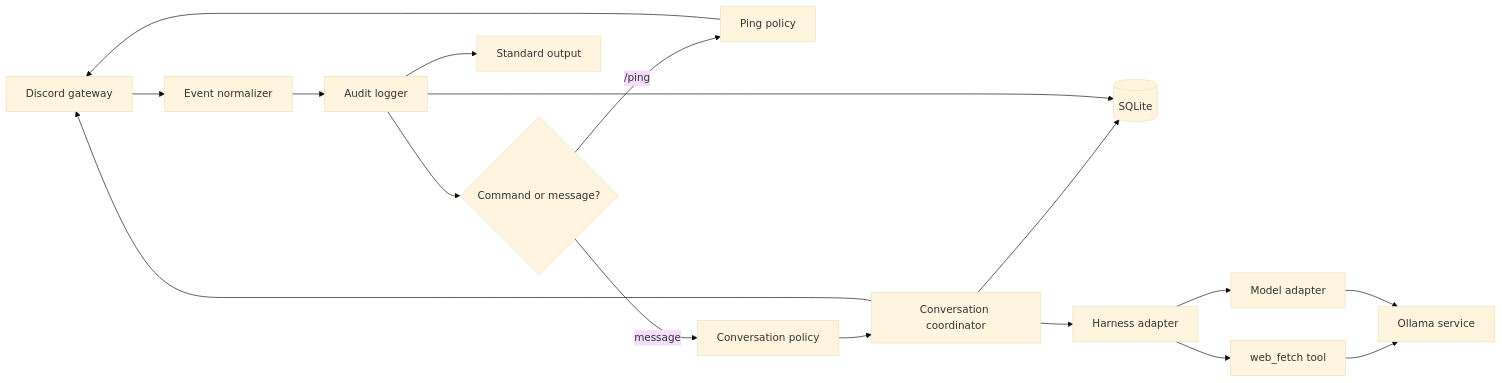
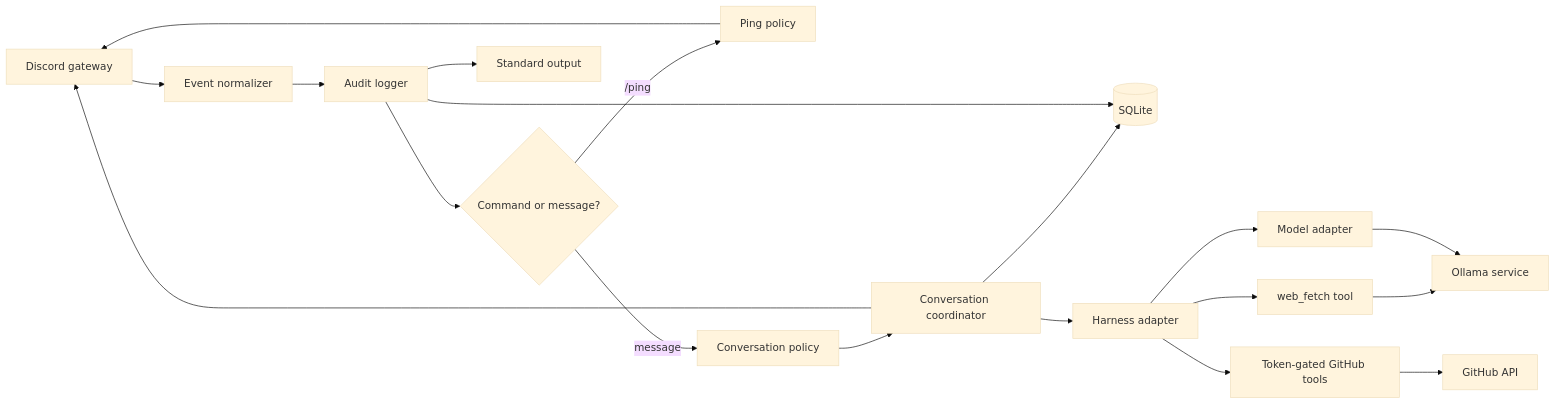
One commit to HSV-AI/artemis changed the diagram in design/rebuild-guide.md. Above: the diagram before and after it, drawn with Mermaid (base theme). The commit also changed other lines of this file and 16 other files, not shown here.

Commit message:
Add allowlisted GitHub tools and refresh typing

````diff
--- a/design/rebuild-guide.md
+++ b/design/rebuild-guide.md
@@ -39,19 +39,21 @@
 ```mermaid
 flowchart LR
     Discord[Discord gateway] --> Normalize[Event normalizer]
     Normalize --> Audit[Audit logger]
     Audit --> Route{Command or message?}
     Route -->|/ping| Ping[Ping policy]
     Route -->|message| Policy[Conversation policy]
     Policy --> Sessions[Conversation coordinator]
     Sessions --> Store[(SQLite)]
     Sessions --> Harness[Harness adapter]
     Harness --> Model[Model adapter]
     Harness --> WebFetch[web_fetch tool]
+    Harness --> GitHubTools[Token-gated GitHub tools]
     WebFetch --> Ollama
+    GitHubTools --> GitHubAPI[GitHub API]
     Model --> Ollama[Ollama service]
     Ping --> Discord
     Sessions --> Discord
     Audit --> Console[Standard output]
     Audit --> Store
 ```
````
